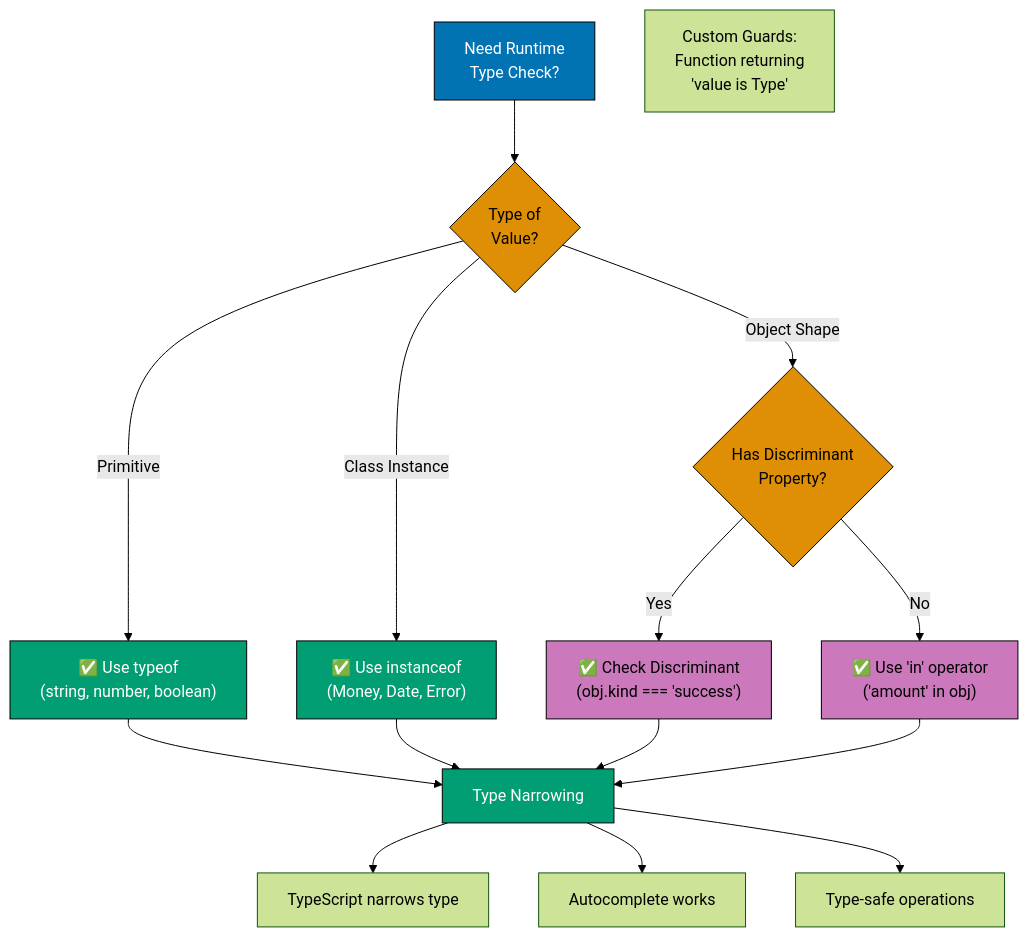
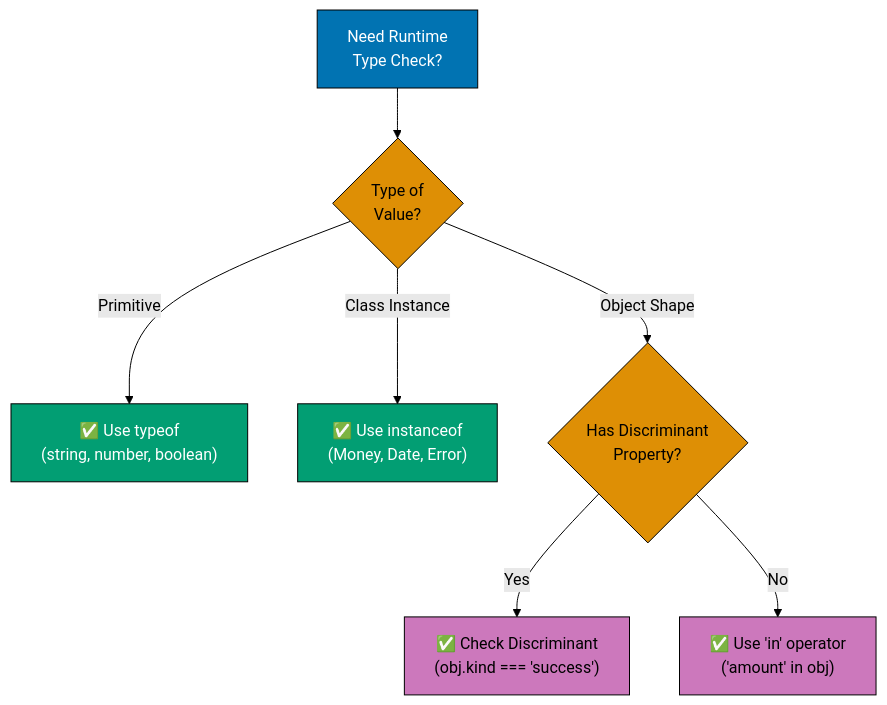
Before and after one commit to wahidyankf/ose-primer: the second of 7 diagrams in docs/explanation/software-engineering/programming-languages/typescript/idioms.md, drawn with Mermaid (forest theme). The commit also changed other lines of this file and 16 other files, not shown here.

Commit message:
fix(docs): fix mermaid violations in typescript/ docs (batch 1/10)

````diff
--- a/docs/explanation/software-engineering/programming-languages/typescript/idioms.md
+++ b/docs/explanation/software-engineering/programming-languages/typescript/idioms.md
@@ -192,30 +192,19 @@
 ```mermaid
 %% Color Palette: Blue #0173B2, Orange #DE8F05, Teal #029E73, Purple #CC78BC
 %% All colors are color-blind friendly and meet WCAG AA contrast standards
 
 graph TD
     A["Need Runtime<br/>Type Check?"]:::blue --> B{"Type of<br/>Value?"}:::orange
 
     B -->|"Primitive"| C["✅ Use typeof<br/>(string, number, boolean)"]:::teal
     B -->|"Class Instance"| D["✅ Use instanceof<br/>(Money, Date, Error)"]:::teal
     B -->|"Object Shape"| E{"Has Discriminant<br/>Property?"}:::orange
 
     E -->|"Yes"| F["✅ Check Discriminant<br/>(obj.kind === 'success')"]:::purple
     E -->|"No"| G["✅ Use 'in' operator<br/>('amount' in obj)"]:::purple
 
-    C --> H["Type Narrowing"]:::teal
-    D --> H
-    F --> H
-    G --> H
-
-    H --> H1["TypeScript narrows type"]
-    H --> H2["Autocomplete works"]
-    H --> H3["Type-safe operations"]
-
-    Note["Custom Guards:<br/>Function returning<br/>'value is Type'"]
-
     classDef blue fill:#0173B2,stroke:#000,color:#fff
     classDef orange fill:#DE8F05,stroke:#000,color:#000
     classDef teal fill:#029E73,stroke:#000,color:#fff
     classDef purple fill:#CC78BC,stroke:#000,color:#000
 ```
````
